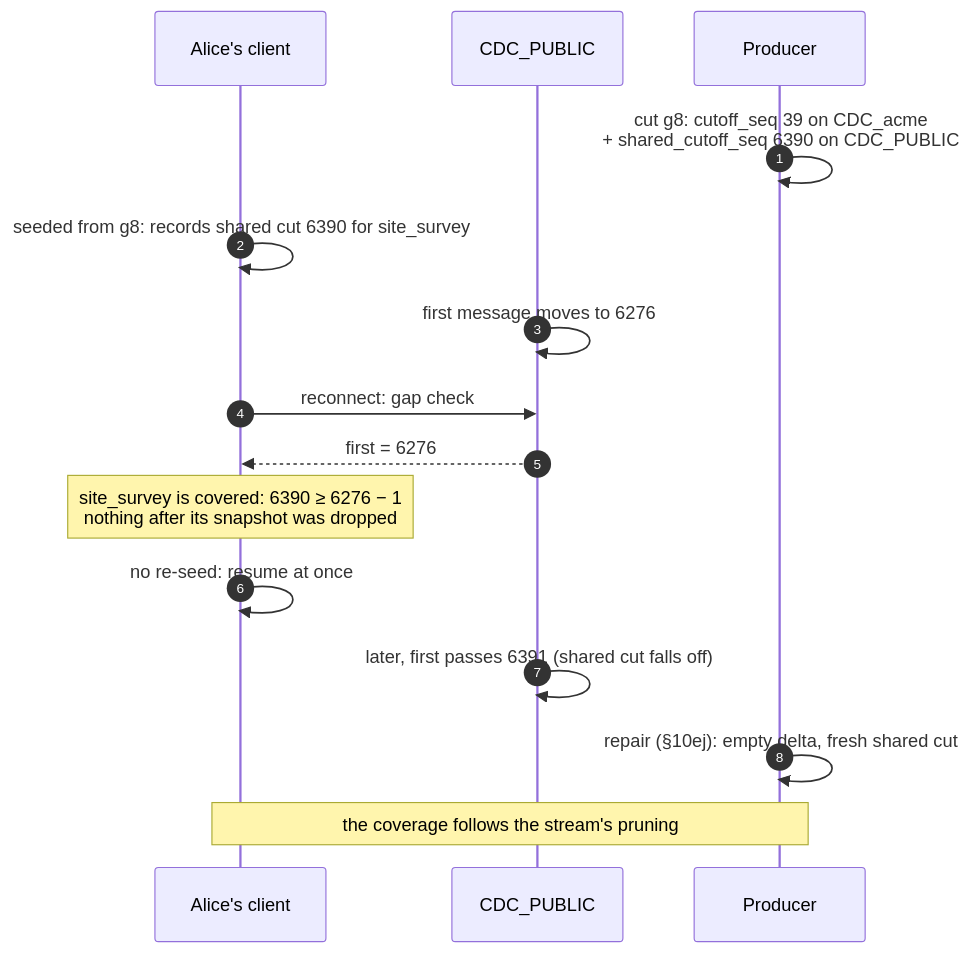
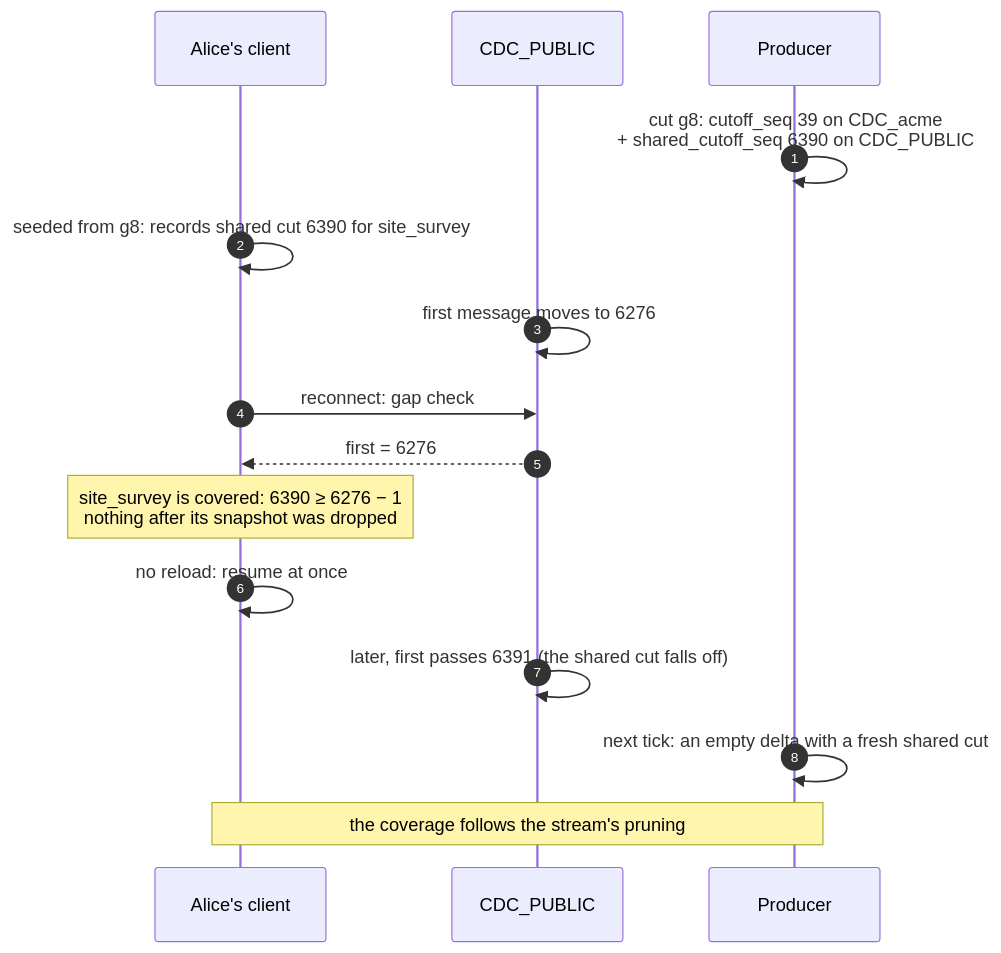
The diagram in GENERATION.md (ndrean/ZeBridge), drawn with Mermaid before and after one commit. The commit also changed other lines of this file and 3 other files, not shown here.

````diff
--- a/GENERATION.md
+++ b/GENERATION.md
@@ -29,18 +20,18 @@
 ```mermaid
 sequenceDiagram
     autonumber
     participant A as Alice's client
     participant P as CDC_PUBLIC
     participant G as Producer
 
     G->>G: cut g8: cutoff_seq 39 on CDC_acme<br/>+ shared_cutoff_seq 6390 on CDC_PUBLIC
     A->>A: seeded from g8: records shared cut 6390 for site_survey
     P->>P: first message moves to 6276
     A->>P: reconnect: gap check
     P-->>A: first = 6276
     Note over A: site_survey is covered: 6390 ≥ 6276 − 1<br/>nothing after its snapshot was dropped
-    A->>A: no re-seed: resume at once
-    P->>P: later, first passes 6391 (shared cut falls off)
-    G->>G: repair (§10ej): empty delta, fresh shared cut
+    A->>A: no reload: resume at once
+    P->>P: later, first passes 6391 (the shared cut falls off)
+    G->>G: next tick: an empty delta with a fresh shared cut
     Note over A,G: the coverage follows the stream's pruning
 ```
````
